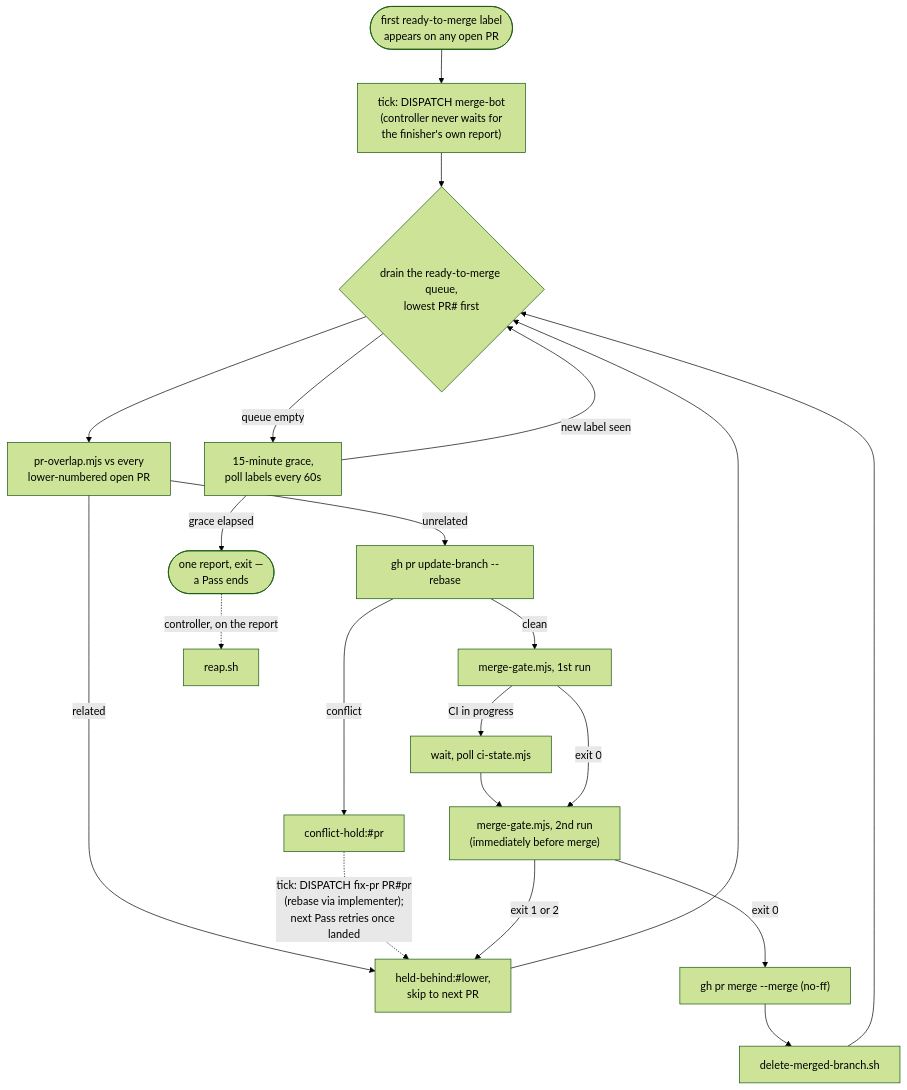
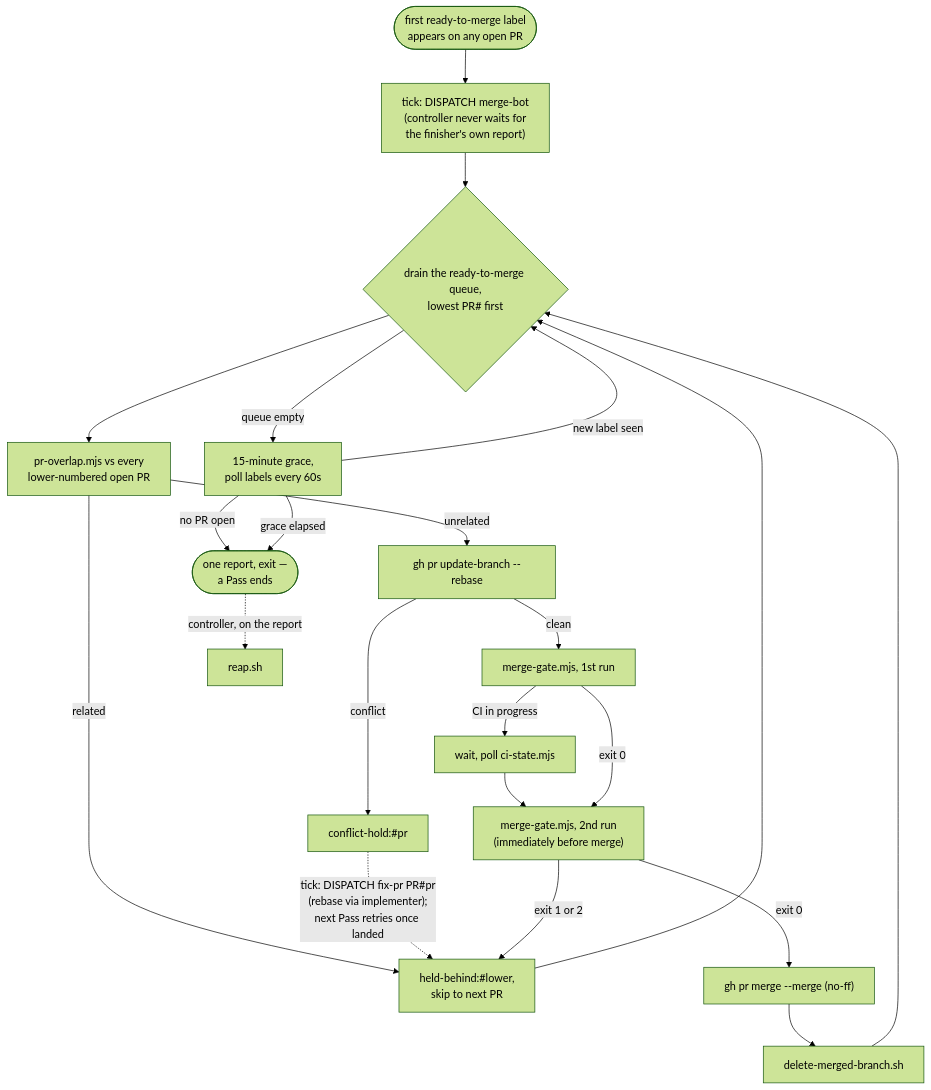
The diagram in docs/components/merge-bot.md (feigi/fleet-plugin), drawn with Mermaid (forest theme) before and after one commit. The commit also changed other lines of this file and 6 other files, not shown here.

First line of the commit message:
merge-bot: end the grace once no PR is open

````diff
--- a/docs/components/merge-bot.md
+++ b/docs/components/merge-bot.md
@@ -47,23 +48,24 @@
 ```mermaid
 flowchart TD
     LABEL(["first ready-to-merge label<br/>appears on any open PR"]) --> DISPATCH["tick: DISPATCH merge-bot<br/>(controller never waits for<br/>the finisher's own report)"]
     DISPATCH --> DRAIN{"drain the ready-to-merge queue,<br/>lowest PR# first"}
     DRAIN --> HOLD["pr-overlap.mjs vs every<br/>lower-numbered open PR"]
     HOLD -->|"related"| SKIP["held-behind:#lower,<br/>skip to next PR"]
     HOLD -->|"unrelated"| REBASE["gh pr update-branch --rebase"]
     REBASE -->|"conflict"| CONFLICT["conflict-hold:#pr"]
     CONFLICT -.->|"tick: DISPATCH fix-pr PR#pr<br/>(rebase via implementer);<br/>next Pass retries once landed"| SKIP
     REBASE -->|"clean"| GATE1["merge-gate.mjs, 1st run"]
     GATE1 -->|"CI in progress"| WAITCI["wait, poll ci-state.mjs"]
     WAITCI --> GATE2
     GATE1 -->|"exit 0"| GATE2["merge-gate.mjs, 2nd run<br/>(immediately before merge)"]
     GATE2 -->|"exit 0"| MERGE["gh pr merge --merge (no-ff)"]
     GATE2 -->|"exit 1 or 2"| SKIP
     MERGE --> DELBR["delete-merged-branch.sh"]
     DELBR --> DRAIN
     SKIP --> DRAIN
     DRAIN -->|"queue empty"| GRACE["15-minute grace,<br/>poll labels every 60s"]
     GRACE -->|"new label seen"| DRAIN
+    GRACE -->|"no PR open"| REPORT
     GRACE -->|"grace elapsed"| REPORT(["one report, exit —<br/>a Pass ends"])
     REPORT -.->|"controller, on the report"| REAP["reap.sh"]
 ```
````
